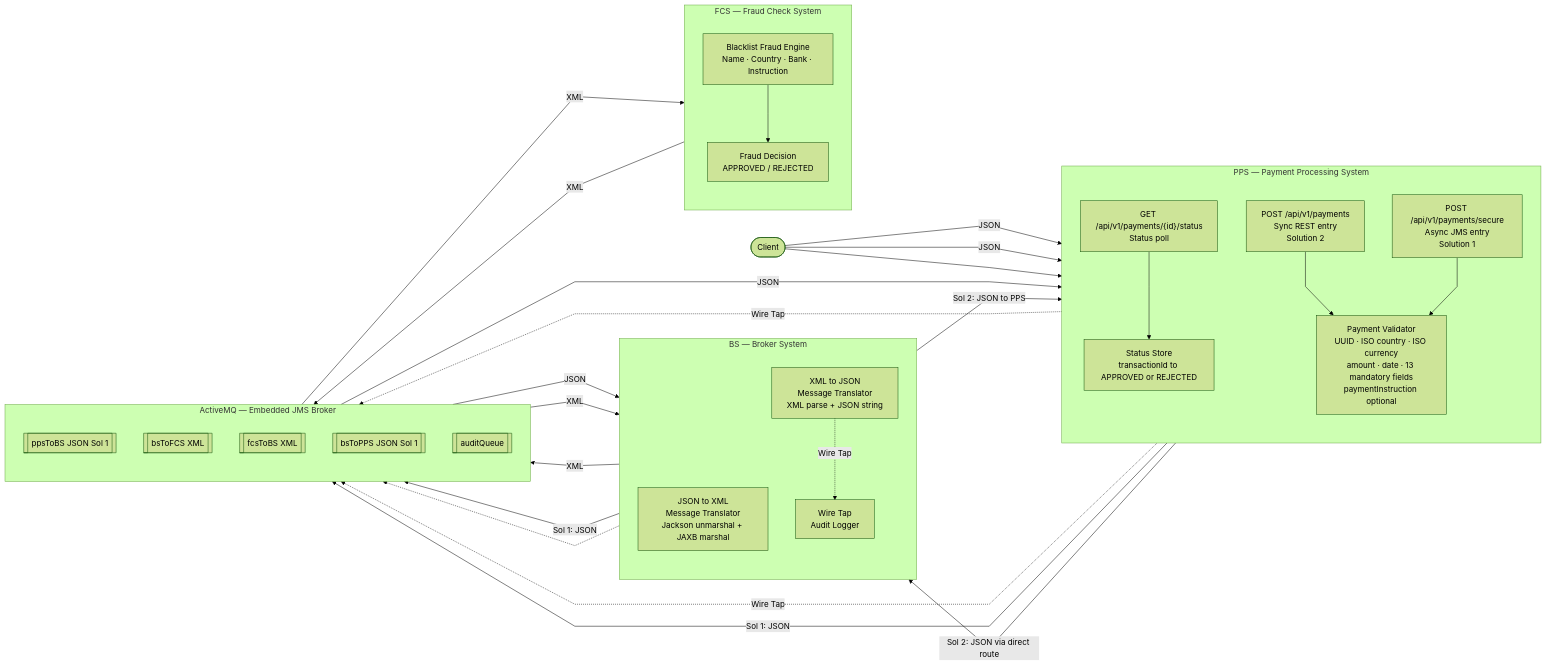
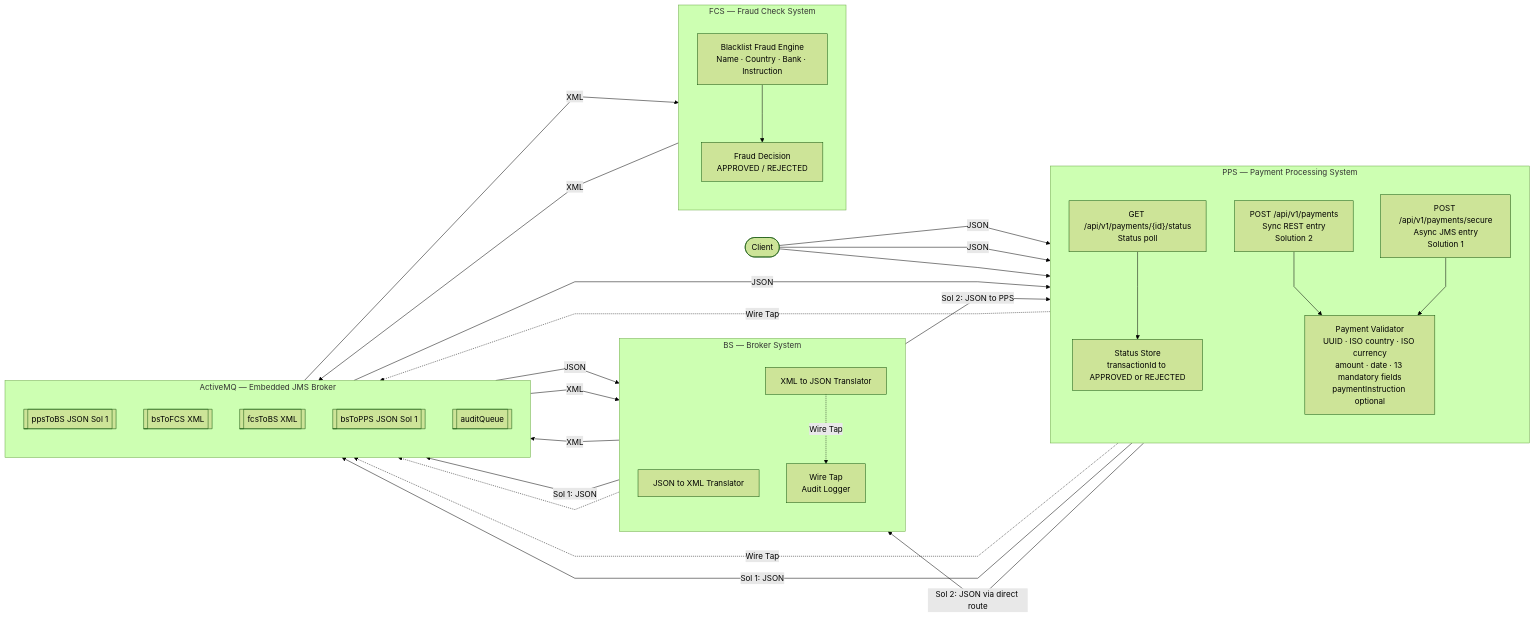
One commit to rprakash-demo/bank-payment-fraud-poc changed the second of 6 diagrams in README.md. Above: the diagram before and after it, drawn with Mermaid (forest theme). The commit also changed other lines of this file, not shown here.

````diff
--- a/README.md
+++ b/README.md
@@ -87,77 +96,73 @@
 ```mermaid
 %%{init: {"flowchart": {"htmlLabels": true, "curve": "linear", "nodeSpacing": 55, "rankSpacing": 90}} }%%
 flowchart LR
     Client([Client])
 
     subgraph PPS[PPS — Payment Processing System]
         direction TB
         SYNC["POST /api/v1/payments
 Sync REST entry
 Solution 2"]
         ASYNC["POST /api/v1/payments/secure
 Async JMS entry
 Solution 1"]
         STATUS["GET /api/v1/payments/{id}/status
 Status poll"]
         VALIDATOR["Payment Validator
 UUID · ISO country · ISO currency
 amount · date · 13 mandatory fields
 paymentInstruction optional"]
         STORE["Status Store
 transactionId to APPROVED or REJECTED"]
     end
 
     subgraph BS[BS — Broker System]
         direction TB
-        JX["JSON to XML
-Message Translator
-Jackson unmarshal + JAXB marshal"]
-        XJ["XML to JSON
-Message Translator
-XML parse + JSON string"]
+        JX["JSON to XML Translator"]
+        XJ["XML to JSON Translator"]
         AUDIT_BS["Wire Tap
 Audit Logger"]
     end
 
     subgraph FCS[FCS — Fraud Check System]
         direction TB
         ENGINE["Blacklist Fraud Engine
 Name · Country · Bank · Instruction"]
         DECISION["Fraud Decision
 APPROVED / REJECTED"]
     end
 
     subgraph MQ[ActiveMQ — Embedded JMS Broker]
         direction TB
         Q1[["ppsToBS   JSON   Sol 1"]]
         Q2[["bsToFCS   XML"]]
         Q3[["fcsToBS   XML"]]
         Q4[["bsToPPS   JSON   Sol 1"]]
         Q5[["auditQueue"]]
     end
 
     Client -->|"JSON"| SYNC
     Client -->|"JSON"| ASYNC
     Client --> STATUS
     STATUS --> STORE
 
     SYNC --> VALIDATOR
     ASYNC --> VALIDATOR
 
     SYNC -.->|"Wire Tap"| Q5
     ASYNC -.->|"Wire Tap"| Q5
     VALIDATOR -->|"Sol 2: JSON via direct route"| JX
     VALIDATOR -->|"Sol 1: JSON"| Q1
 
     Q1 -->|"JSON"| JX
     JX -->|"XML"| Q2
     Q2 -->|"XML"| ENGINE
     ENGINE --> DECISION
     DECISION -->|"XML"| Q3
     Q3 -->|"XML"| XJ
     XJ -->|"Sol 2: JSON to PPS"| SYNC
     XJ -->|"Sol 1: JSON"| Q4
     XJ -.->|"Wire Tap"| AUDIT_BS
     AUDIT_BS -.-> Q5
     Q4 -->|"JSON"| STORE
 ```
````
